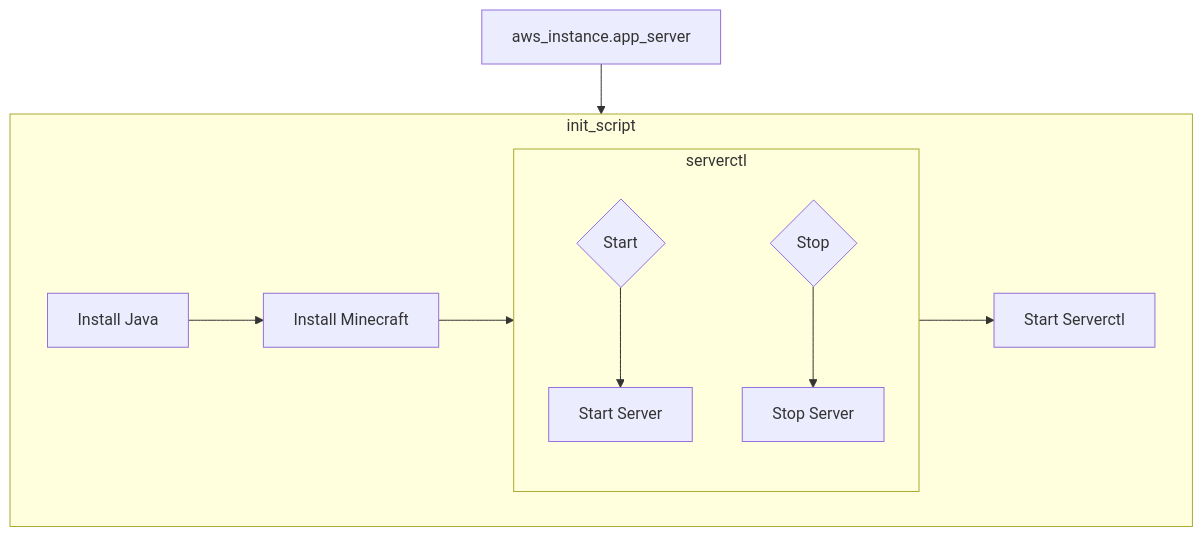
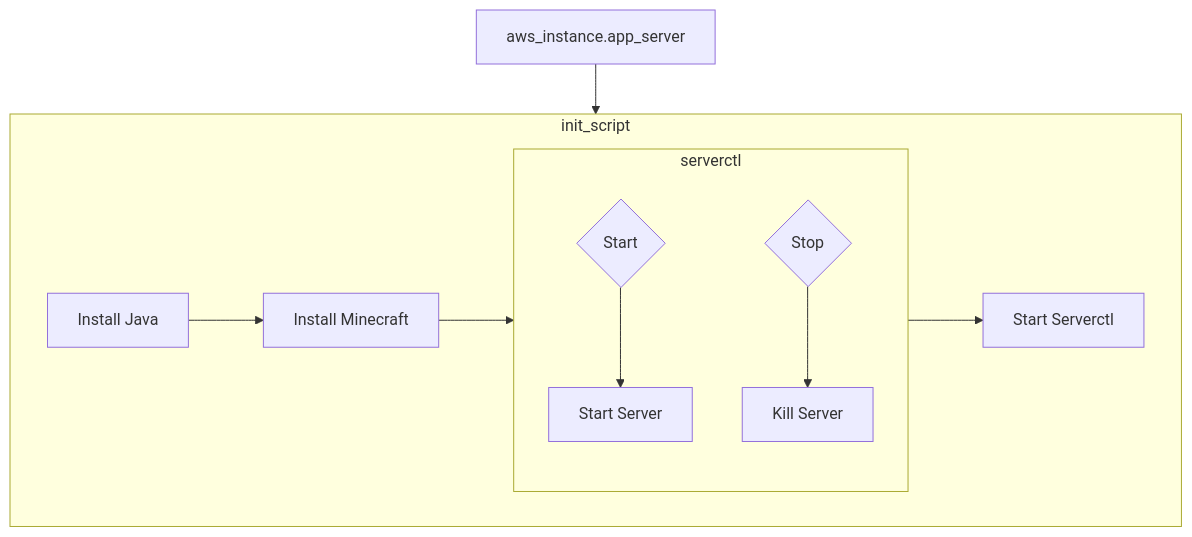
One commit to BlakeBabbProfessional/CS312_Final changed the first of 2 diagrams in README.md. Above: the diagram before and after it, drawn with Mermaid. The commit also changed other lines of this file, not shown here.

````diff
--- a/README.md
+++ b/README.md
@@ -43,14 +44,14 @@
 ```mermaid
 flowchart TD
 
 apply[aws_instance.app_server] --> init_script
 subgraph init_script
     java[Install Java] --> minecraft[Install Minecraft]
     minecraft --> serverctl
     subgraph serverctl
         start{Start} --> starts[Start Server]
-        stop{Stop} --> stops[Stop Server]
+        stop{Stop} --> stops[Kill Server]
     end
     serverctl --> starts2[Start Serverctl]
 end
 ```
````
